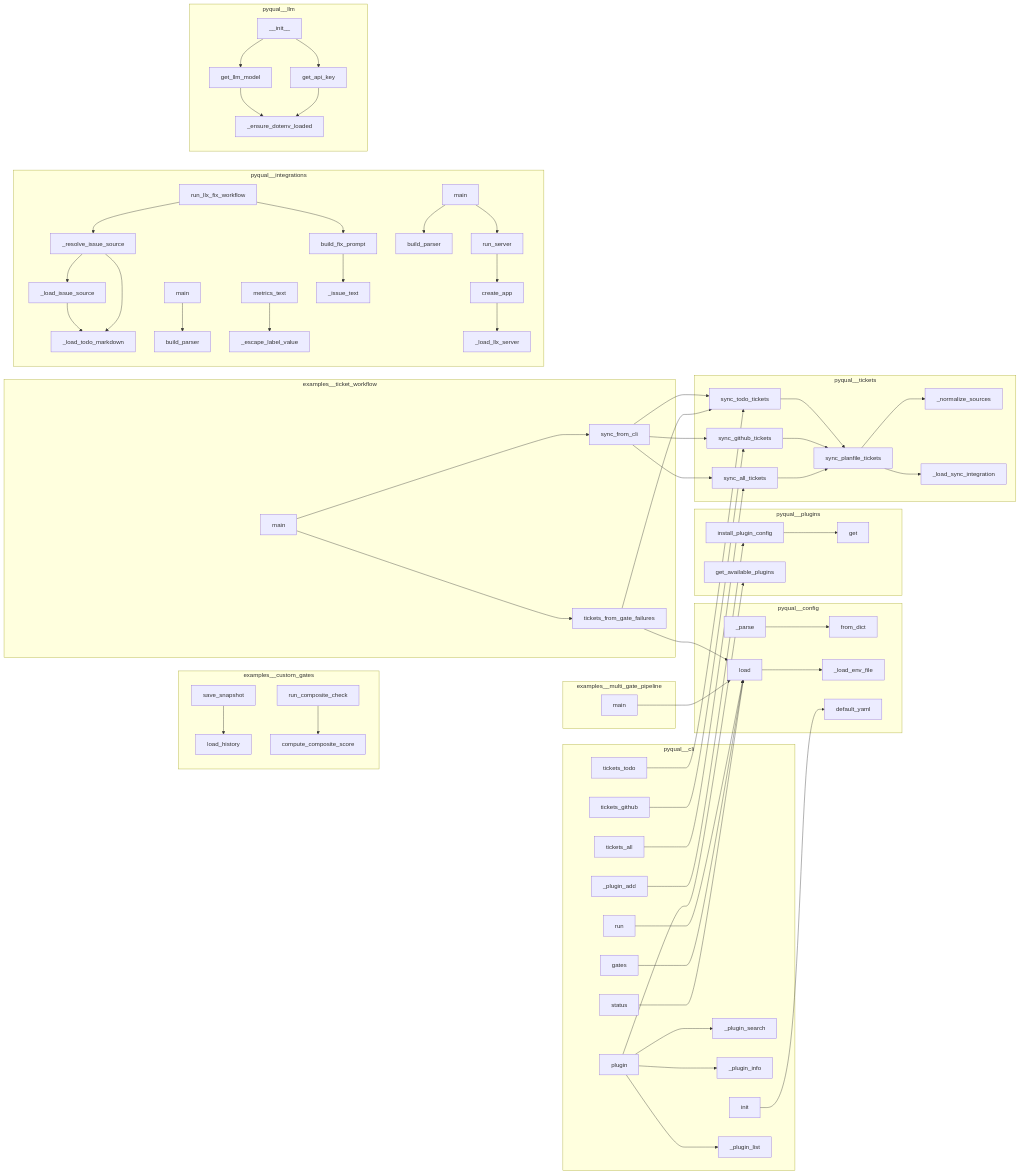
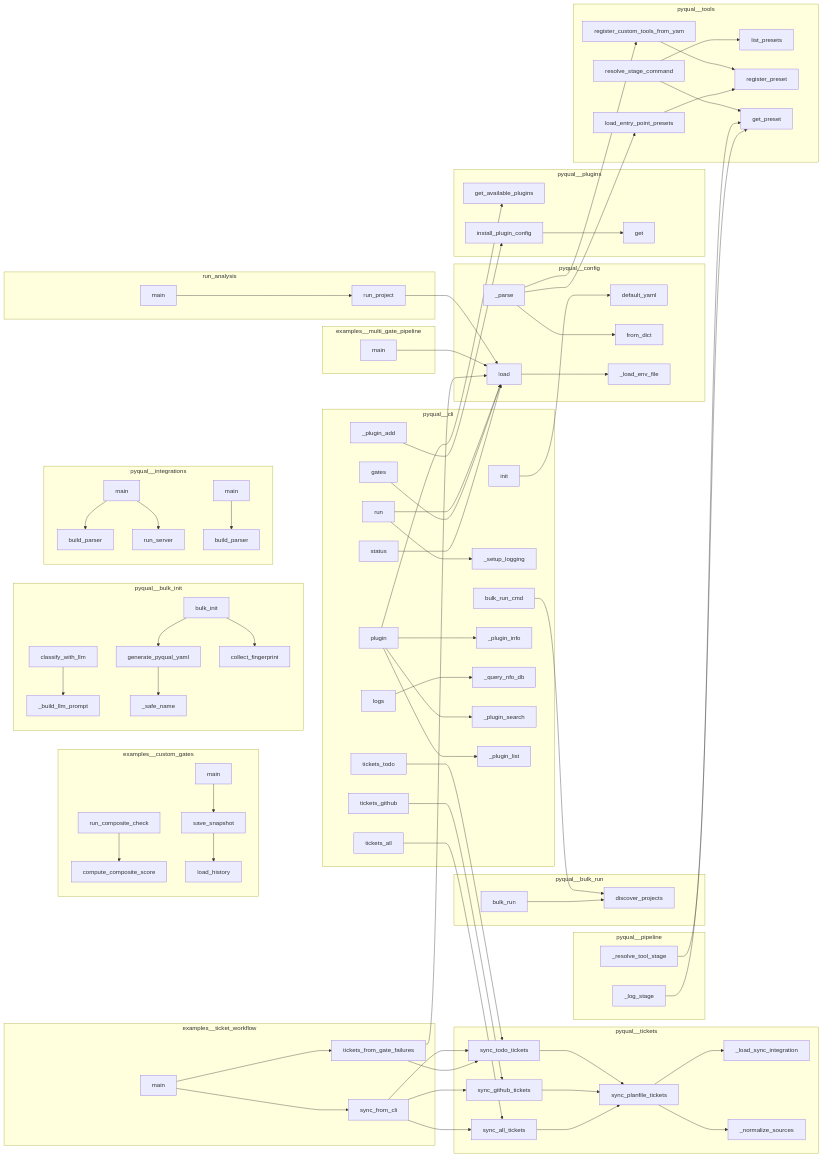
The diagram in project/calls.mmd (semcod/pyqual), drawn with Mermaid before and after one commit. The commit also changed 24 other files, not shown here.

```diff
--- a/project/calls.mmd
+++ b/project/calls.mmd
@@ -1,118 +1,141 @@
 flowchart LR
     subgraph examples__custom_gates
         examples__custom_gates__metric_history__save_snapshot["save_snapshot"]
+        examples__custom_gates__composite_gates__run_composite_check["run_composite_check"]
+        examples__custom_gates__metric_history__main["main"]
+        examples__custom_gates__composite_gates__compute_composite_score["compute_composite_score"]
         examples__custom_gates__metric_history__load_history["load_history"]
-        examples__custom_gates__composite_gates__compute_composite_score["compute_composite_score"]
-        examples__custom_gates__composite_gates__run_composite_check["run_composite_check"]
     end
     subgraph examples__multi_gate_pipeline
         examples__multi_gate_pipeline__run_pipeline__main["main"]
     end
     subgraph examples__ticket_workflow
-        examples__ticket_workflow__sync_tickets__main["main"]
         examples__ticket_workflow__sync_tickets__tickets_from_gate_failures["tickets_from_gate_failures"]
         examples__ticket_workflow__sync_tickets__sync_from_cli["sync_from_cli"]
+        examples__ticket_workflow__sync_tickets__main["main"]
+    end
+    subgraph pyqual__bulk_init
+        pyqual__bulk_init__bulk_init["bulk_init"]
+        pyqual__bulk_init___build_llm_prompt["_build_llm_prompt"]
+        pyqual__bulk_init__classify_with_llm["classify_with_llm"]
+        pyqual__bulk_init__collect_fingerprint["collect_fingerprint"]
+        pyqual__bulk_init__generate_pyqual_yaml["generate_pyqual_yaml"]
+        pyqual__bulk_init___safe_name["_safe_name"]
+    end
+    subgraph pyqual__bulk_run
+        pyqual__bulk_run__discover_projects["discover_projects"]
+        pyqual__bulk_run__bulk_run["bulk_run"]
     end
     subgraph pyqual__cli
         pyqual__cli__status["status"]
+        pyqual__cli__bulk_run_cmd["bulk_run_cmd"]
+        pyqual__cli___setup_logging["_setup_logging"]
         pyqual__cli__tickets_github["tickets_github"]
+        pyqual__cli__tickets_todo["tickets_todo"]
+        pyqual__cli__logs["logs"]
+        pyqual__cli__gates["gates"]
+        pyqual__cli__init["init"]
+        pyqual__cli___plugin_add["_plugin_add"]
+        pyqual__cli___plugin_info["_plugin_info"]
+        pyqual__cli__run["run"]
+        pyqual__cli___query_nfo_db["_query_nfo_db"]
+        pyqual__cli__plugin["plugin"]
+        pyqual__cli__tickets_all["tickets_all"]
         pyqual__cli___plugin_search["_plugin_search"]
-        pyqual__cli___plugin_info["_plugin_info"]
-        pyqual__cli__tickets_all["tickets_all"]
-        pyqual__cli___plugin_add["_plugin_add"]
-        pyqual__cli__plugin["plugin"]
-        pyqual__cli__init["init"]
         pyqual__cli___plugin_list["_plugin_list"]
-        pyqual__cli__tickets_todo["tickets_todo"]
-        pyqual__cli__gates["gates"]
-        pyqual__cli__run["run"]
     end
     subgraph pyqual__config
         pyqual__config__PyqualConfig__load["load"]
         pyqual__config__PyqualConfig___parse["_parse"]
+        pyqual__config__PyqualConfig__default_yaml["default_yaml"]
         pyqual__config__GateConfig__from_dict["from_dict"]
         pyqual__config___load_env_file["_load_env_file"]
-        pyqual__config__PyqualConfig__default_yaml["default_yaml"]
     end
     subgraph pyqual__integrations
-        pyqual__integrations__llx_mcp__build_fix_prompt["build_fix_prompt"]
         pyqual__integrations__llx_mcp__main["main"]
-        pyqual__integrations__llx_mcp_service__McpServiceState__metrics_text["metrics_text"]
-        pyqual__integrations__llx_mcp_service___load_llx_server["_load_llx_server"]
-        pyqual__integrations__llx_mcp__run_llx_fix_workflow["run_llx_fix_workflow"]
-        pyqual__integrations__llx_mcp___resolve_issue_source["_resolve_issue_source"]
+        pyqual__integrations__llx_mcp_service__main["main"]
         pyqual__integrations__llx_mcp_service__build_parser["build_parser"]
-        pyqual__integrations__llx_mcp___load_todo_markdown["_load_todo_markdown"]
-        pyqual__integrations__llx_mcp___issue_text["_issue_text"]
-        pyqual__integrations__llx_mcp_service__create_app["create_app"]
-        pyqual__integrations__llx_mcp_service__main["main"]
+        pyqual__integrations__llx_mcp__build_parser["build_parser"]
         pyqual__integrations__llx_mcp_service__run_server["run_server"]
-        pyqual__integrations__llx_mcp___load_issue_source["_load_issue_source"]
-        pyqual__integrations__llx_mcp_service___escape_label_value["_escape_label_value"]
-        pyqual__integrations__llx_mcp__build_parser["build_parser"]
     end
-    subgraph pyqual__llm
-        pyqual__llm__get_llm_model["get_llm_model"]
-        pyqual__llm__get_api_key["get_api_key"]
-        pyqual__llm__LLM____init__["__init__"]
-        pyqual__llm___ensure_dotenv_loaded["_ensure_dotenv_loaded"]
+    subgraph pyqual__pipeline
+        pyqual__pipeline__Pipeline___log_stage["_log_stage"]
+        pyqual__pipeline__Pipeline___resolve_tool_stage["_resolve_tool_stage"]
     end
     subgraph pyqual__plugins
-        pyqual__plugins__install_plugin_config["install_plugin_config"]
         pyqual__plugins__get_available_plugins["get_available_plugins"]
         pyqual__plugins__PluginRegistry__get["get"]
+        pyqual__plugins__install_plugin_config["install_plugin_config"]
     end
     subgraph pyqual__tickets
-        pyqual__tickets___normalize_sources["_normalize_sources"]
-        pyqual__tickets__sync_todo_tickets["sync_todo_tickets"]
         pyqual__tickets___load_sync_integration["_load_sync_integration"]
         pyqual__tickets__sync_all_tickets["sync_all_tickets"]
+        pyqual__tickets__sync_todo_tickets["sync_todo_tickets"]
         pyqual__tickets__sync_github_tickets["sync_github_tickets"]
+        pyqual__tickets___normalize_sources["_normalize_sources"]
         pyqual__tickets__sync_planfile_tickets["sync_planfile_tickets"]
     end
+    subgraph pyqual__tools
+        pyqual__tools__register_custom_tools_from_yaml["register_custom_tools_from_yam"]
+        pyqual__tools__list_presets["list_presets"]
+        pyqual__tools__register_preset["register_preset"]
+        pyqual__tools__load_entry_point_presets["load_entry_point_presets"]
+        pyqual__tools__get_preset["get_preset"]
+        pyqual__tools__resolve_stage_command["resolve_stage_command"]
+    end
+    subgraph run_analysis
+        run_analysis__main["main"]
+        run_analysis__run_project["run_project"]
+    end
+    run_analysis__run_project --> pyqual__config__PyqualConfig__load
+    run_analysis__main --> run_analysis__run_project
+    pyqual__config__PyqualConfig__load --> pyqual__config___load_env_file
+    pyqual__config__PyqualConfig___parse --> pyqual__tools__load_entry_point_presets
+    pyqual__config__PyqualConfig___parse --> pyqual__tools__register_custom_tools_from_yaml
+    pyqual__config__PyqualConfig___parse --> pyqual__config__GateConfig__from_dict
+    pyqual__tools__register_custom_tools_from_yaml --> pyqual__tools__register_preset
+    pyqual__tools__load_entry_point_presets --> pyqual__tools__register_preset
+    pyqual__tools__resolve_stage_command --> pyqual__tools__get_preset
+    pyqual__tools__resolve_stage_command --> pyqual__tools__list_presets
     pyqual__cli__init --> pyqual__config__PyqualConfig__default_yaml
+    pyqual__cli__bulk_run_cmd --> pyqual__bulk_run__discover_projects
+    pyqual__cli__run --> pyqual__cli___setup_logging
     pyqual__cli__run --> pyqual__config__PyqualConfig__load
     pyqual__cli__gates --> pyqual__config__PyqualConfig__load
     pyqual__cli__status --> pyqual__config__PyqualConfig__load
     pyqual__cli__tickets_todo --> pyqual__tickets__sync_todo_tickets
     pyqual__cli__tickets_github --> pyqual__tickets__sync_github_tickets
     pyqual__cli__tickets_all --> pyqual__tickets__sync_all_tickets
     pyqual__cli___plugin_add --> pyqual__plugins__install_plugin_config
     pyqual__cli__plugin --> pyqual__plugins__get_available_plugins
     pyqual__cli__plugin --> pyqual__cli___plugin_list
     pyqual__cli__plugin --> pyqual__cli___plugin_search
     pyqual__cli__plugin --> pyqual__cli___plugin_info
-    pyqual__config__PyqualConfig__load --> pyqual__config___load_env_file
-    pyqual__config__PyqualConfig___parse --> pyqual__config__GateConfig__from_dict
-    pyqual__llm__get_llm_model --> pyqual__llm___ensure_dotenv_loaded
-    pyqual__llm__get_api_key --> pyqual__llm___ensure_dotenv_loaded
-    pyqual__llm__LLM____init__ --> pyqual__llm__get_llm_model
-    pyqual__llm__LLM____init__ --> pyqual__llm__get_api_key
+    pyqual__cli__logs --> pyqual__cli___query_nfo_db
+    pyqual__plugins__install_plugin_config --> pyqual__plugins__PluginRegistry__get
     pyqual__tickets__sync_planfile_tickets --> pyqual__tickets___load_sync_integration
     pyqual__tickets__sync_planfile_tickets --> pyqual__tickets___normalize_sources
     pyqual__tickets__sync_todo_tickets --> pyqual__tickets__sync_planfile_tickets
     pyqual__tickets__sync_github_tickets --> pyqual__tickets__sync_planfile_tickets
     pyqual__tickets__sync_all_tickets --> pyqual__tickets__sync_planfile_tickets
-    pyqual__plugins__install_plugin_config --> pyqual__plugins__PluginRegistry__get
-    pyqual__integrations__llx_mcp___load_issue_source --> pyqual__integrations__llx_mcp___load_todo_markdown
-    pyqual__integrations__llx_mcp__build_fix_prompt --> pyqual__integrations__llx_mcp___issue_text
-    pyqual__integrations__llx_mcp___resolve_issue_source --> pyqual__integrations__llx_mcp___load_issue_source
-    pyqual__integrations__llx_mcp___resolve_issue_source --> pyqual__integrations__llx_mcp___load_todo_markdown
-    pyqual__integrations__llx_mcp__run_llx_fix_workflow --> pyqual__integrations__llx_mcp___resolve_issue_source
-    pyqual__integrations__llx_mcp__run_llx_fix_workflow --> pyqual__integrations__llx_mcp__build_fix_prompt
+    pyqual__integrations__llx_mcp_service__main --> pyqual__integrations__llx_mcp_service__build_parser
+    pyqual__integrations__llx_mcp_service__main --> pyqual__integrations__llx_mcp_service__run_server
+    pyqual__bulk_init__classify_with_llm --> pyqual__bulk_init___build_llm_prompt
+    pyqual__bulk_init__generate_pyqual_yaml --> pyqual__bulk_init___safe_name
+    pyqual__bulk_init__bulk_init --> pyqual__bulk_init__collect_fingerprint
+    pyqual__bulk_init__bulk_init --> pyqual__bulk_init__generate_pyqual_yaml
     pyqual__integrations__llx_mcp__main --> pyqual__integrations__llx_mcp__build_parser
+    examples__custom_gates__composite_gates__run_composite_check --> examples__custom_gates__composite_gates__compute_composite_score
     examples__custom_gates__metric_history__save_snapshot --> examples__custom_gates__metric_history__load_history
-    examples__custom_gates__composite_gates__run_composite_check --> examples__custom_gates__composite_gates__compute_composite_score
+    examples__custom_gates__metric_history__main --> examples__custom_gates__metric_history__save_snapshot
+    examples__multi_gate_pipeline__run_pipeline__main --> pyqual__config__PyqualConfig__load
     examples__ticket_workflow__sync_tickets__sync_from_cli --> pyqual__tickets__sync_github_tickets
     examples__ticket_workflow__sync_tickets__sync_from_cli --> pyqual__tickets__sync_all_tickets
     examples__ticket_workflow__sync_tickets__sync_from_cli --> pyqual__tickets__sync_todo_tickets
     examples__ticket_workflow__sync_tickets__tickets_from_gate_failures --> pyqual__config__PyqualConfig__load
     examples__ticket_workflow__sync_tickets__tickets_from_gate_failures --> pyqual__tickets__sync_todo_tickets
     examples__ticket_workflow__sync_tickets__main --> examples__ticket_workflow__sync_tickets__sync_from_cli
     examples__ticket_workflow__sync_tickets__main --> examples__ticket_workflow__sync_tickets__tickets_from_gate_failures
-    examples__multi_gate_pipeline__run_pipeline__main --> pyqual__config__PyqualConfig__load
-    pyqual__integrations__llx_mcp_service__McpServiceState__metrics_text --> pyqual__integrations__llx_mcp_service___escape_label_value
-    pyqual__integrations__llx_mcp_service__create_app --> pyqual__integrations__llx_mcp_service___load_llx_server
-    pyqual__integrations__llx_mcp_service__run_server --> pyqual__integrations__llx_mcp_service__create_app
-    pyqual__integrations__llx_mcp_service__main --> pyqual__integrations__llx_mcp_service__build_parser
-    pyqual__integrations__llx_mcp_service__main --> pyqual__integrations__llx_mcp_service__run_server
+    pyqual__pipeline__Pipeline___resolve_tool_stage --> pyqual__tools__get_preset
+    pyqual__pipeline__Pipeline___log_stage --> pyqual__tools__get_preset
+    pyqual__bulk_run__bulk_run --> pyqual__bulk_run__discover_projects
```
